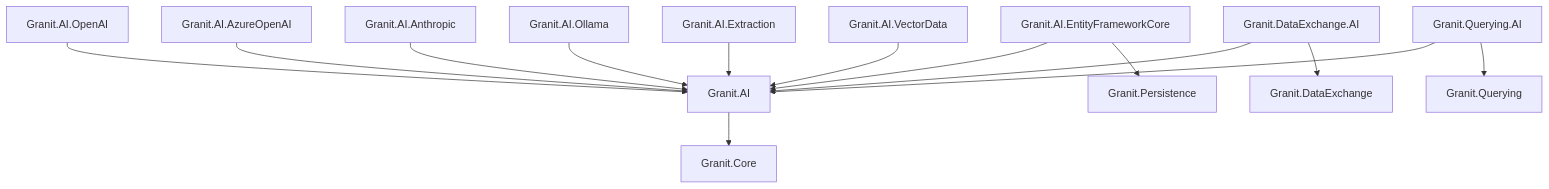
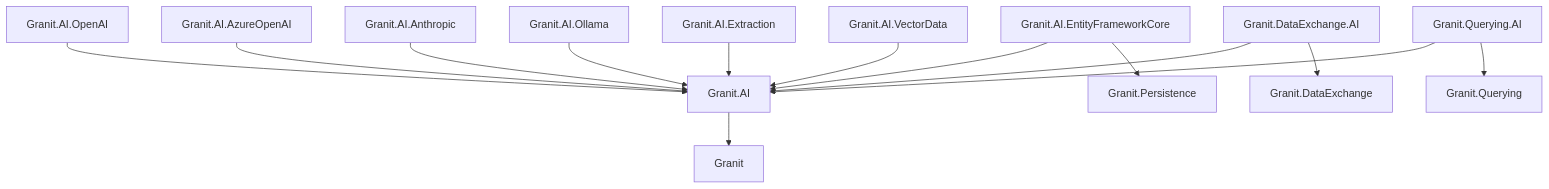
Before and after one commit to granit-fx/granit-dotnet: the first of 2 diagrams in docs-site/src/content/docs/dotnet/ai/setup.mdx, drawn with Mermaid. The commit also changed other lines of this file and 153 other files, not shown here.

````diff
--- a/docs-site/src/content/docs/dotnet/ai/setup.mdx
+++ b/docs-site/src/content/docs/dotnet/ai/setup.mdx
@@ -78,16 +78,16 @@
 ```mermaid
 graph TD
-    AI[Granit.AI] --> CO[Granit.Core]
+    AI[Granit.AI] --> CO[Granit]
     OAI[Granit.AI.OpenAI] --> AI
     AAI[Granit.AI.AzureOpenAI] --> AI
     AN[Granit.AI.Anthropic] --> AI
     OL[Granit.AI.Ollama] --> AI
     EF[Granit.AI.EntityFrameworkCore] --> AI
     EF --> P[Granit.Persistence]
     EX[Granit.AI.Extraction] --> AI
     VD[Granit.AI.VectorData] --> AI
     DEX[Granit.DataExchange.AI] --> AI
     DEX --> DE[Granit.DataExchange]
     QAI[Granit.Querying.AI] --> AI
     QAI --> Q[Granit.Querying]
 ```
````
